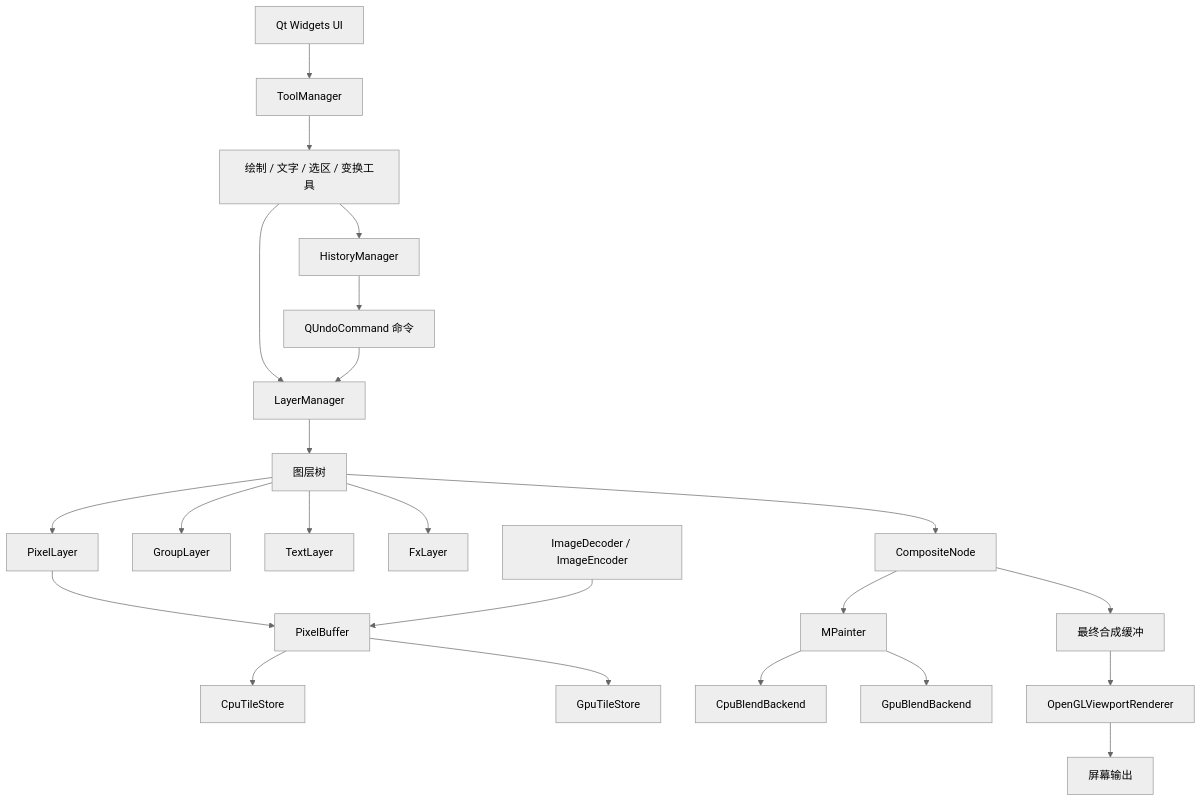
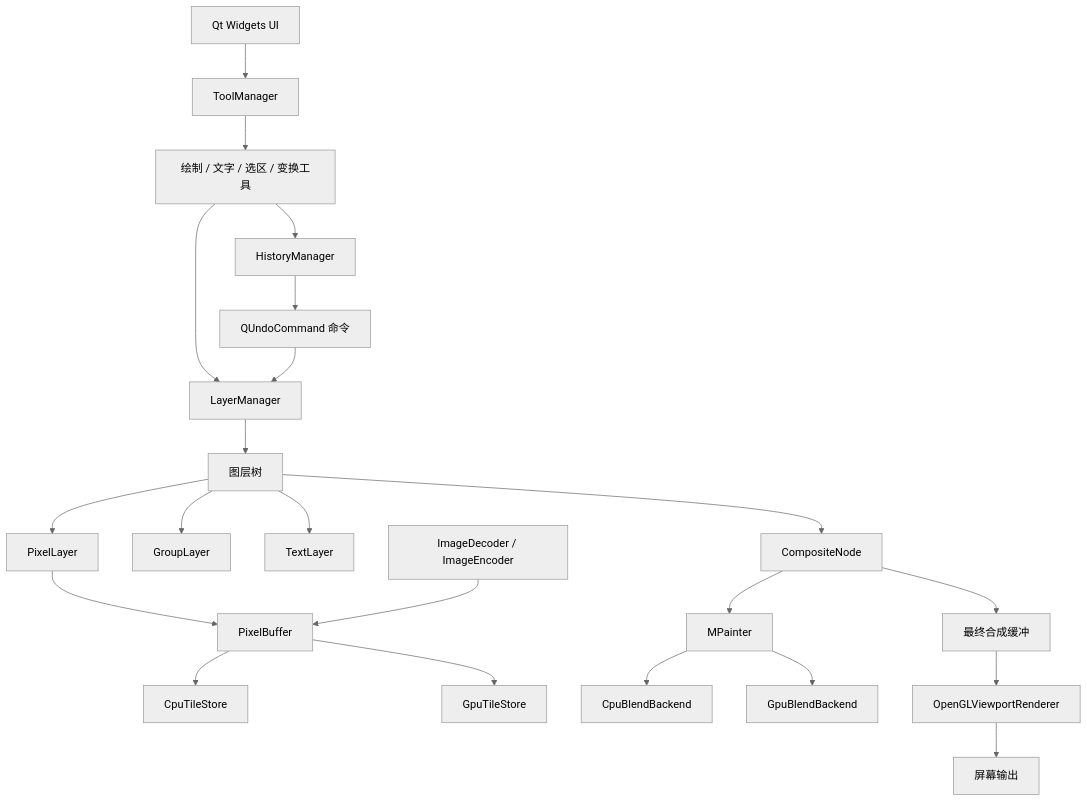
One commit to hh-Blake/Clarihue-ShowCase changed the diagram in README.md. Above: the diagram before and after it, drawn with Mermaid (neutral theme). The commit also changed other lines of this file, not shown here.

````diff
--- a/README.md
+++ b/README.md
@@ -145,32 +146,31 @@
 ```mermaid
 flowchart TD
     UI[Qt Widgets UI] --> TM[ToolManager]
     TM --> Tools[绘制 / 文字 / 选区 / 变换工具]
 
     Tools --> LM[LayerManager]
     Tools --> HM[HistoryManager]
 
     LM --> Tree[图层树]
     Tree --> PL[PixelLayer]
     Tree --> GL[GroupLayer]
     Tree --> TL[TextLayer]
-    Tree --> FX[FxLayer]
 
     PL --> PB[PixelBuffer]
     PB --> CPU[CpuTileStore]
     PB --> GPU[GpuTileStore]
 
     Tree --> CN[CompositeNode]
     CN --> MP[MPainter]
     MP --> CB[CpuBlendBackend]
     MP --> GB[GpuBlendBackend]
 
     CN --> Result[最终合成缓冲]
     Result --> OGL[OpenGLViewportRenderer]
     OGL --> Screen[屏幕输出]
 
     IO[ImageDecoder / ImageEncoder] --> PB
 
     HM --> Commands[QUndoCommand 命令]
     Commands --> LM
 ```
````
